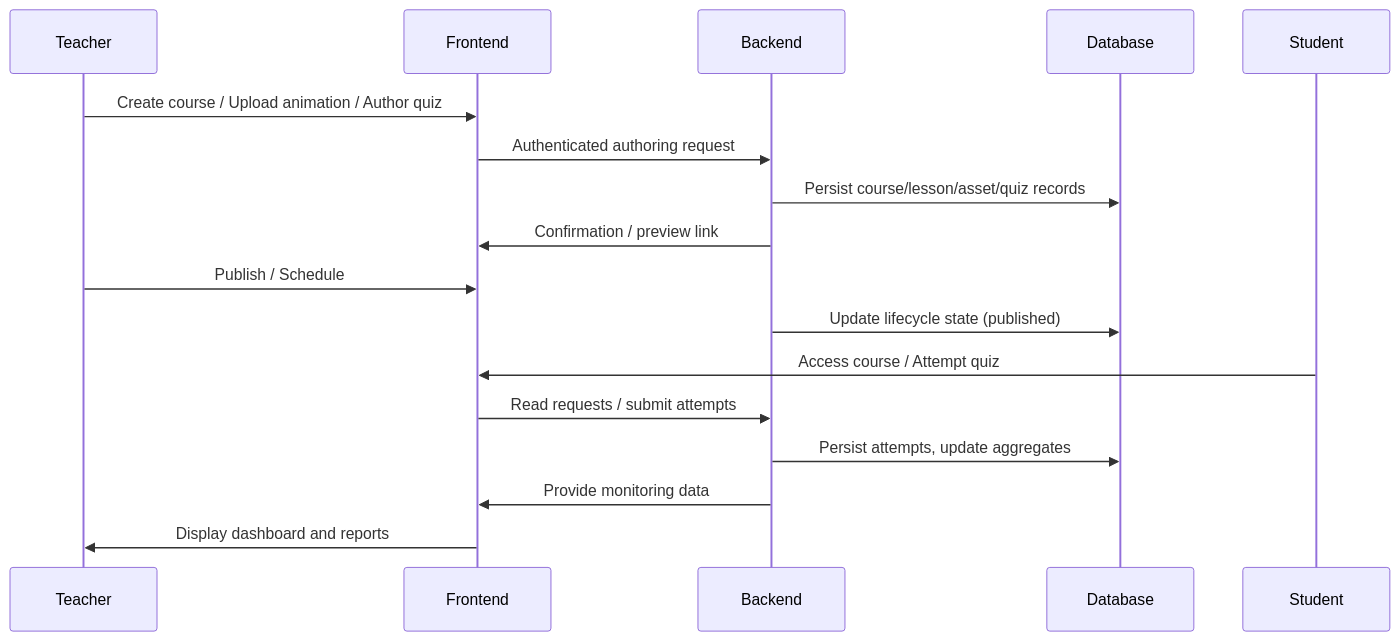
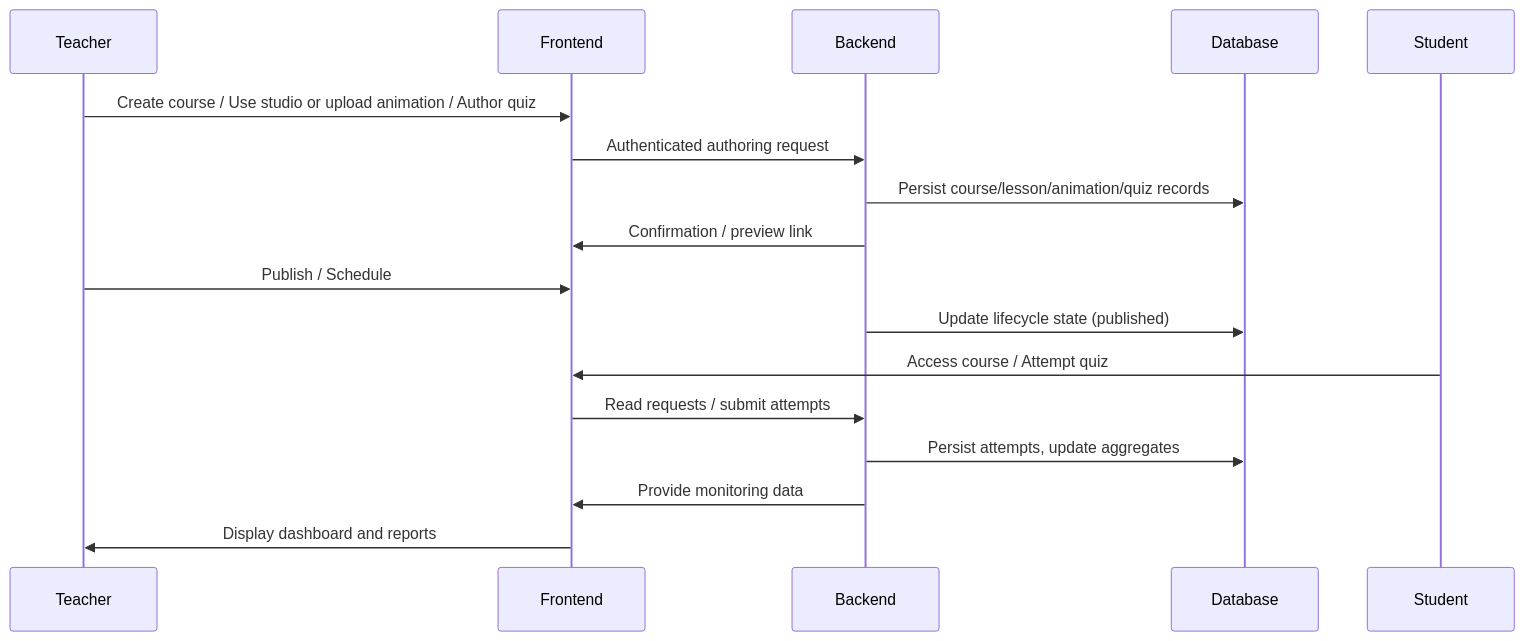
The second of 3 diagrams in graduation-report/chapter4-results.md (sayedpalestine7/MindQuest), drawn with Mermaid before and after one commit. The commit also changed other lines of this file and 1 other file, not shown here.

Commit message:
feat: enhance TeacherPage with social link icons and normalization functionality; add support for various link types including email, phone, and social media

````diff
--- a/graduation-report/chapter4-results.md
+++ b/graduation-report/chapter4-results.md
@@ -144,19 +149,19 @@
 ```mermaid
 sequenceDiagram
 	participant Teacher
 	participant Frontend
 	participant Backend
 	participant Database
 
-	Teacher->>Frontend: Create course / Upload animation / Author quiz
+	Teacher->>Frontend: Create course / Use studio or upload animation / Author quiz
 	Frontend->>Backend: Authenticated authoring request
-	Backend->>Database: Persist course/lesson/asset/quiz records
+	Backend->>Database: Persist course/lesson/animation/quiz records
 	Backend->>Frontend: Confirmation / preview link
 	Teacher->>Frontend: Publish / Schedule
 	Backend->>Database: Update lifecycle state (published)
 	Student->>Frontend: Access course / Attempt quiz
 	Frontend->>Backend: Read requests / submit attempts
 	Backend->>Database: Persist attempts, update aggregates
 	Backend->>Frontend: Provide monitoring data
 	Frontend->>Teacher: Display dashboard and reports
 ```
````
